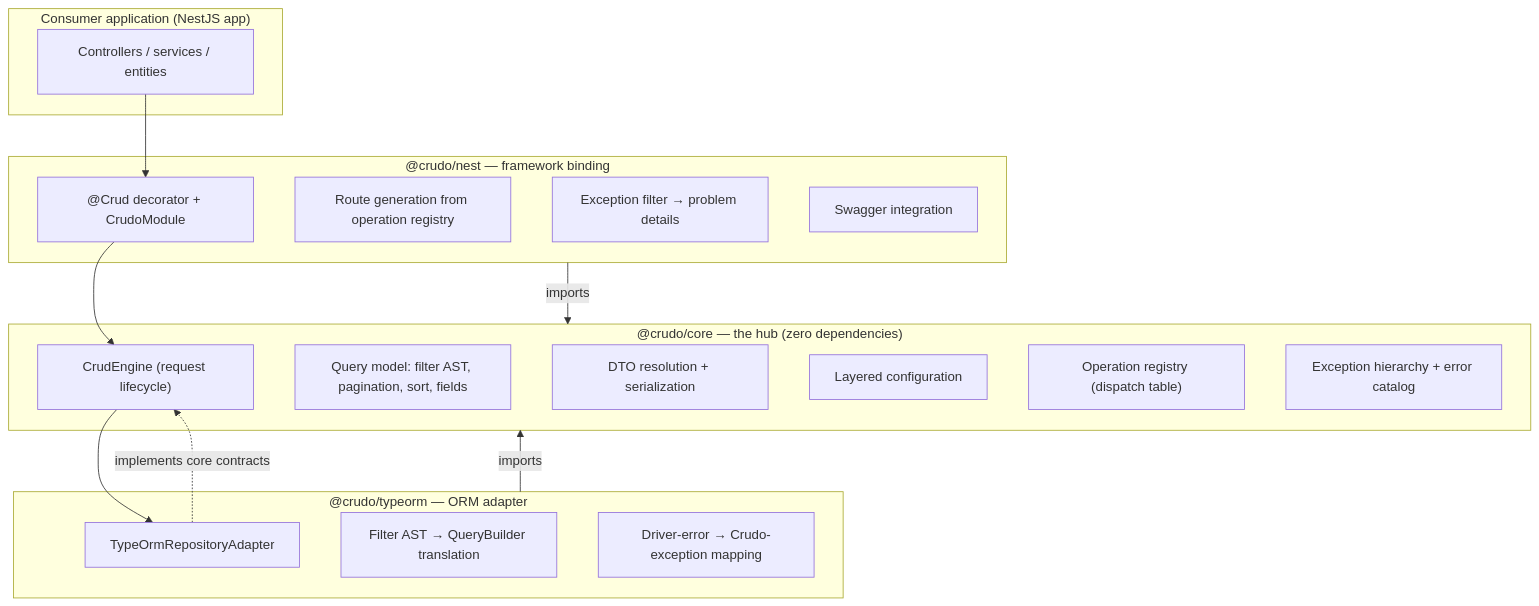
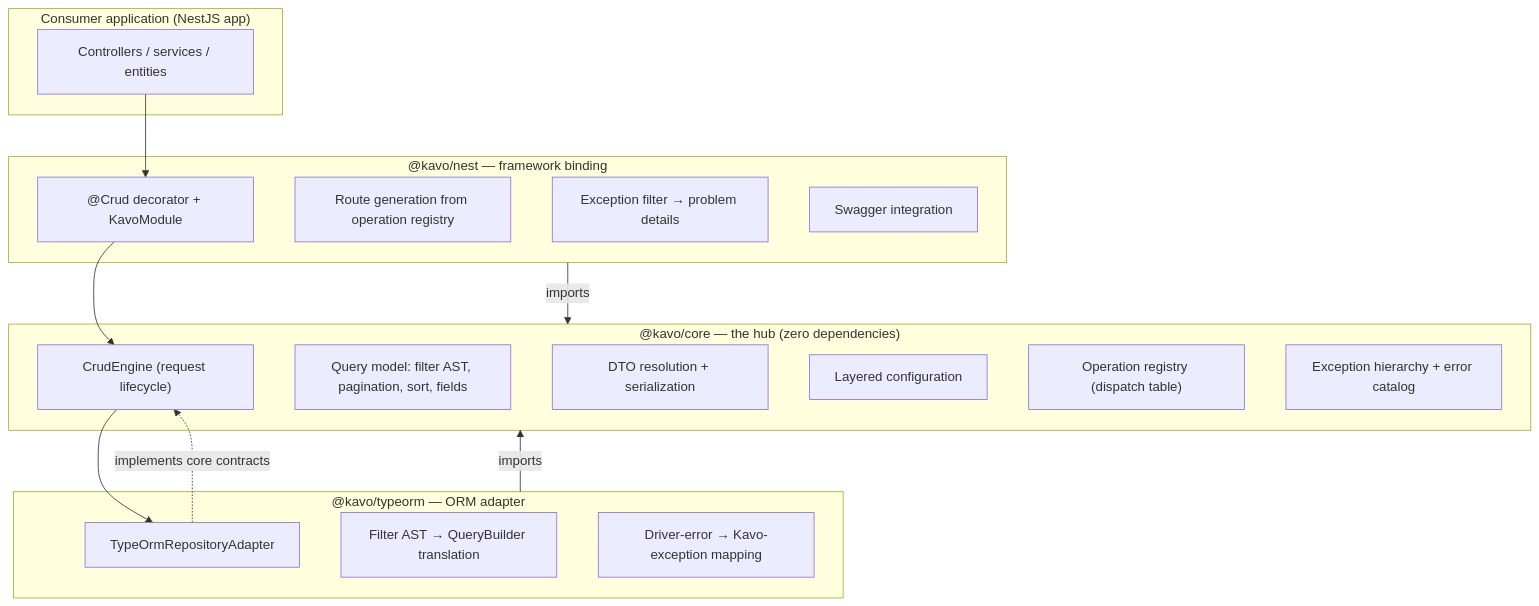
Before and after one commit to hosseinsalemi/crudo: the first of 5 diagrams in packages/docs/architecture/01-system-architecture.md, drawn with Mermaid. The commit also changed other lines of this file and 151 other files, not shown here.

First line of the commit message:
rename: crudo → kavo

````diff
--- a/packages/docs/architecture/01-system-architecture.md
+++ b/packages/docs/architecture/01-system-architecture.md
@@ -18,35 +18,35 @@
 ```mermaid
 flowchart TB
     subgraph consumer["Consumer application (NestJS app)"]
         C[Controllers / services / entities]
     end
 
-    subgraph nest["@crudo/nest — framework binding"]
-        N1["@Crud decorator + CrudoModule"]
+    subgraph nest["@kavo/nest — framework binding"]
+        N1["@Crud decorator + KavoModule"]
         N2[Route generation from operation registry]
         N3[Exception filter → problem details]
         N4[Swagger integration]
     end
 
-    subgraph core["@crudo/core — the hub (zero dependencies)"]
+    subgraph core["@kavo/core — the hub (zero dependencies)"]
         E["CrudEngine (request lifecycle)"]
         Q[Query model: filter AST, pagination, sort, fields]
         D[DTO resolution + serialization]
         CF[Layered configuration]
         R["Operation registry (dispatch table)"]
         X[Exception hierarchy + error catalog]
     end
 
-    subgraph typeorm["@crudo/typeorm — ORM adapter"]
+    subgraph typeorm["@kavo/typeorm — ORM adapter"]
         T1[TypeOrmRepositoryAdapter]
         T2[Filter AST → QueryBuilder translation]
-        T3[Driver-error → Crudo-exception mapping]
+        T3[Driver-error → Kavo-exception mapping]
     end
 
     C --> N1
     N1 --> E
     E --> T1
     T1 -.->|implements core contracts| E
     nest -->|imports| core
     typeorm -->|imports| core
 ```
````
